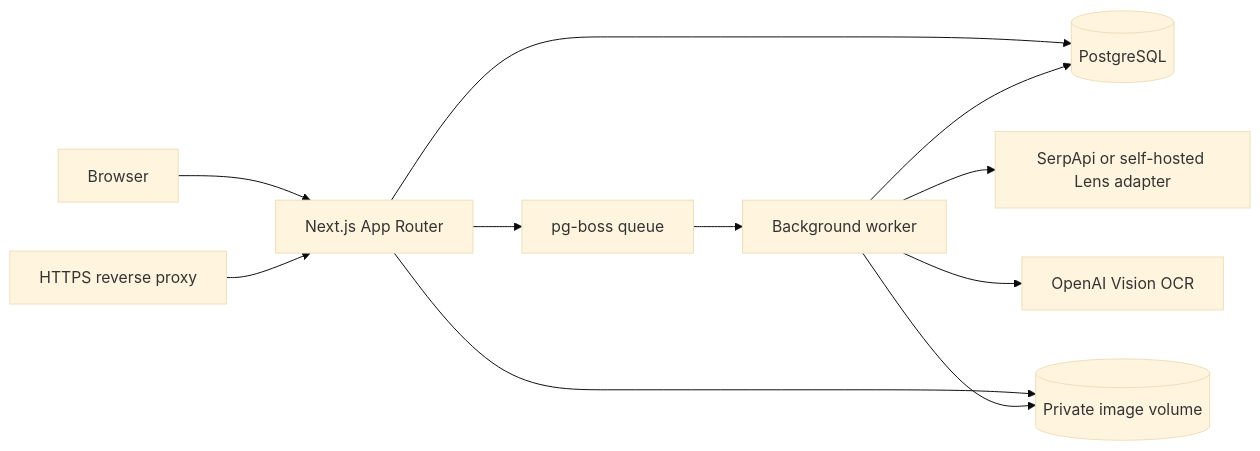
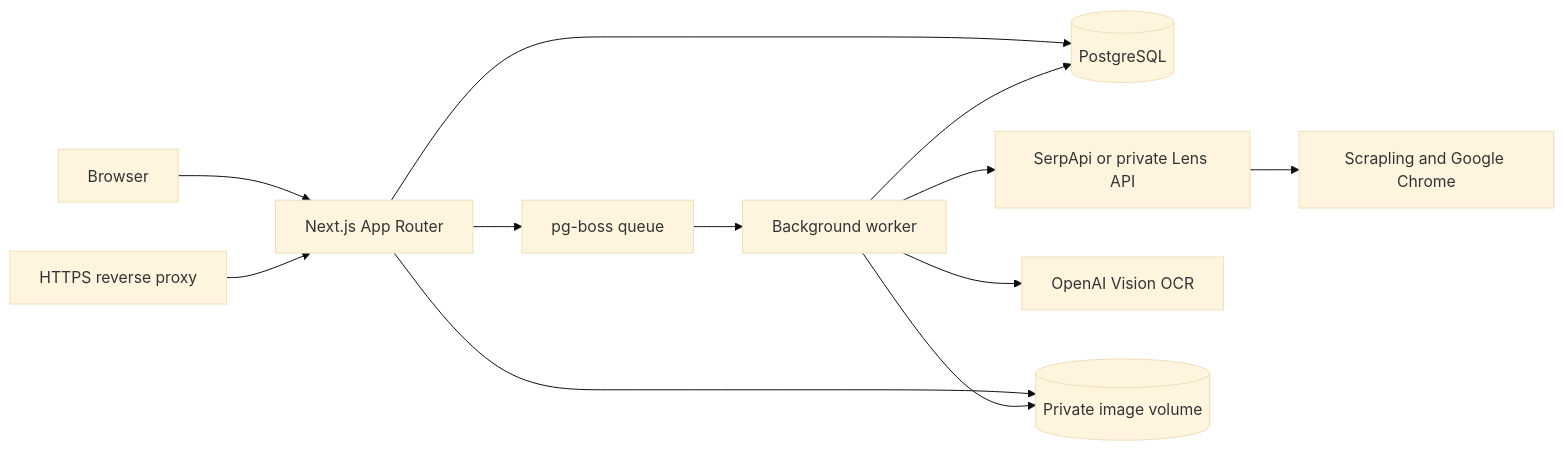
Before and after one commit to arslanbasharat-o-o/RMA-System: the second of 2 diagrams in README.md, drawn with Mermaid (base theme). The commit also changed other lines of this file and 110 other files, not shown here.

Commit message:
Add Scrapling Lens production provider

````diff
--- a/README.md
+++ b/README.md
@@ -74,13 +74,14 @@
 ```mermaid
 flowchart LR
   Browser --> Web[Next.js App Router]
   Web --> DB[(PostgreSQL)]
   Web --> Queue[pg-boss queue]
   Queue --> Worker[Background worker]
-  Worker --> Lens[SerpApi or self-hosted Lens adapter]
+  Worker --> Lens[SerpApi or private Lens API]
+  Lens --> Scrapling[Scrapling and Google Chrome]
   Worker --> OCR[OpenAI Vision OCR]
   Worker --> DB
   Web --> Store[(Private image volume)]
   Worker --> Store
   Proxy[HTTPS reverse proxy] --> Web
 ```
````
